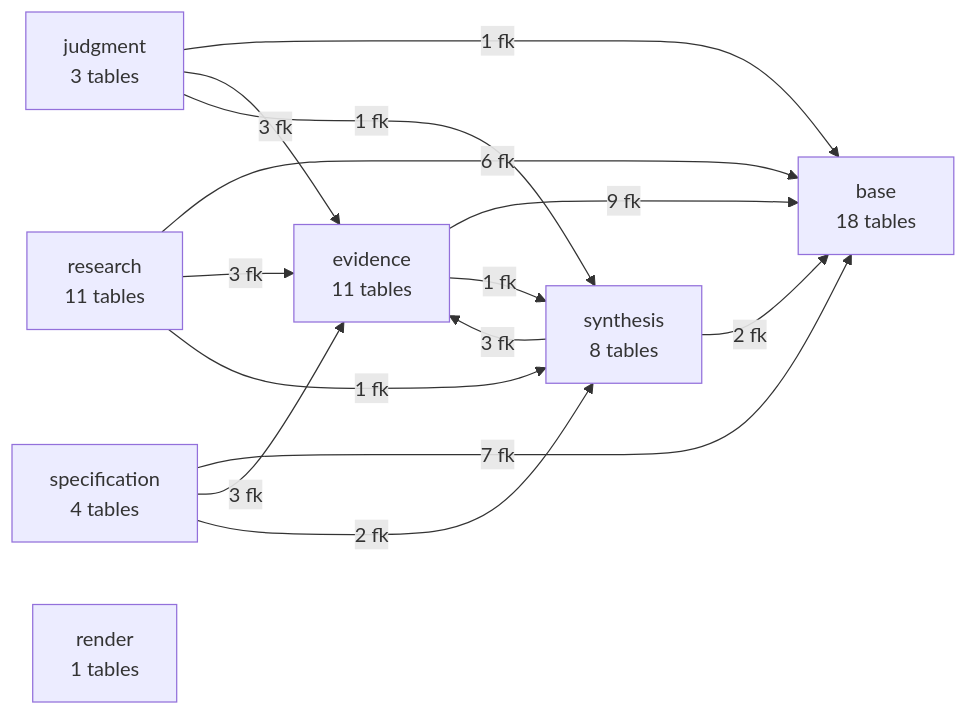
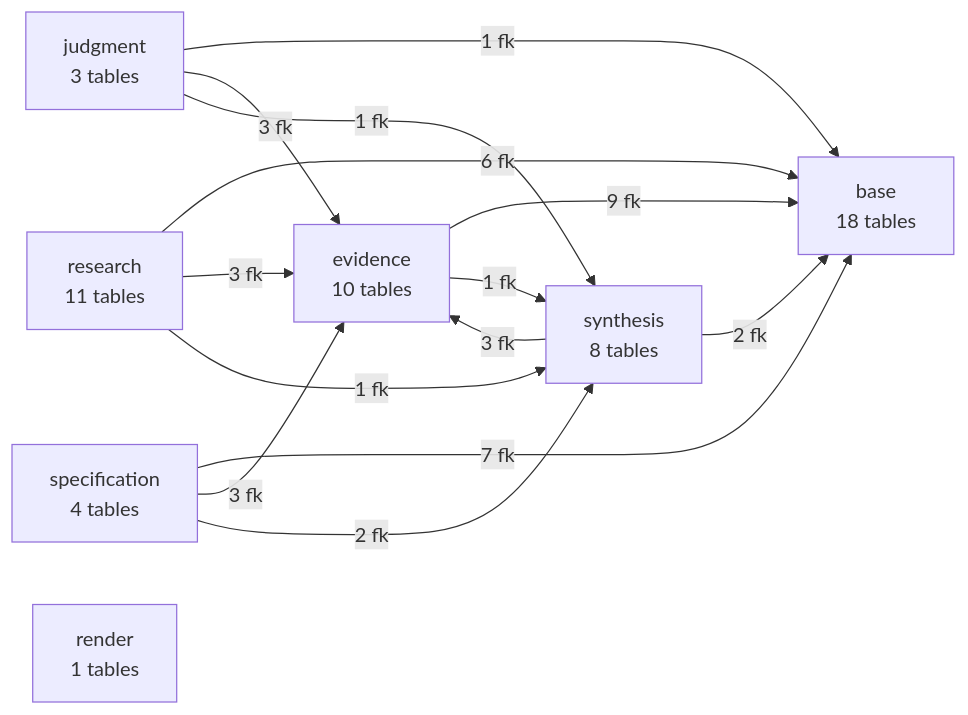
Before and after one commit to jordanelias/guidebook: the first of 10 diagrams in workplan/pipeline-state-graph/STATE-GRAPH.md, drawn with Mermaid. The commit also changed other lines of this file and 25 other files, not shown here.

````diff
--- a/workplan/pipeline-state-graph/STATE-GRAPH.md
+++ b/workplan/pipeline-state-graph/STATE-GRAPH.md
@@ -24,23 +24,23 @@
 ```mermaid
 flowchart LR
   base["base\n18 tables"]
   research["research\n11 tables"]
-  evidence["evidence\n11 tables"]
+  evidence["evidence\n10 tables"]
   judgment["judgment\n3 tables"]
   synthesis["synthesis\n8 tables"]
   specification["specification\n4 tables"]
   render["render\n1 tables"]
   evidence -->|9 fk| base
   evidence -->|1 fk| synthesis
   judgment -->|1 fk| base
   judgment -->|3 fk| evidence
   judgment -->|1 fk| synthesis
   research -->|6 fk| base
   research -->|3 fk| evidence
   research -->|1 fk| synthesis
   specification -->|7 fk| base
   specification -->|3 fk| evidence
   specification -->|2 fk| synthesis
   synthesis -->|2 fk| base
   synthesis -->|3 fk| evidence
 ```
````
